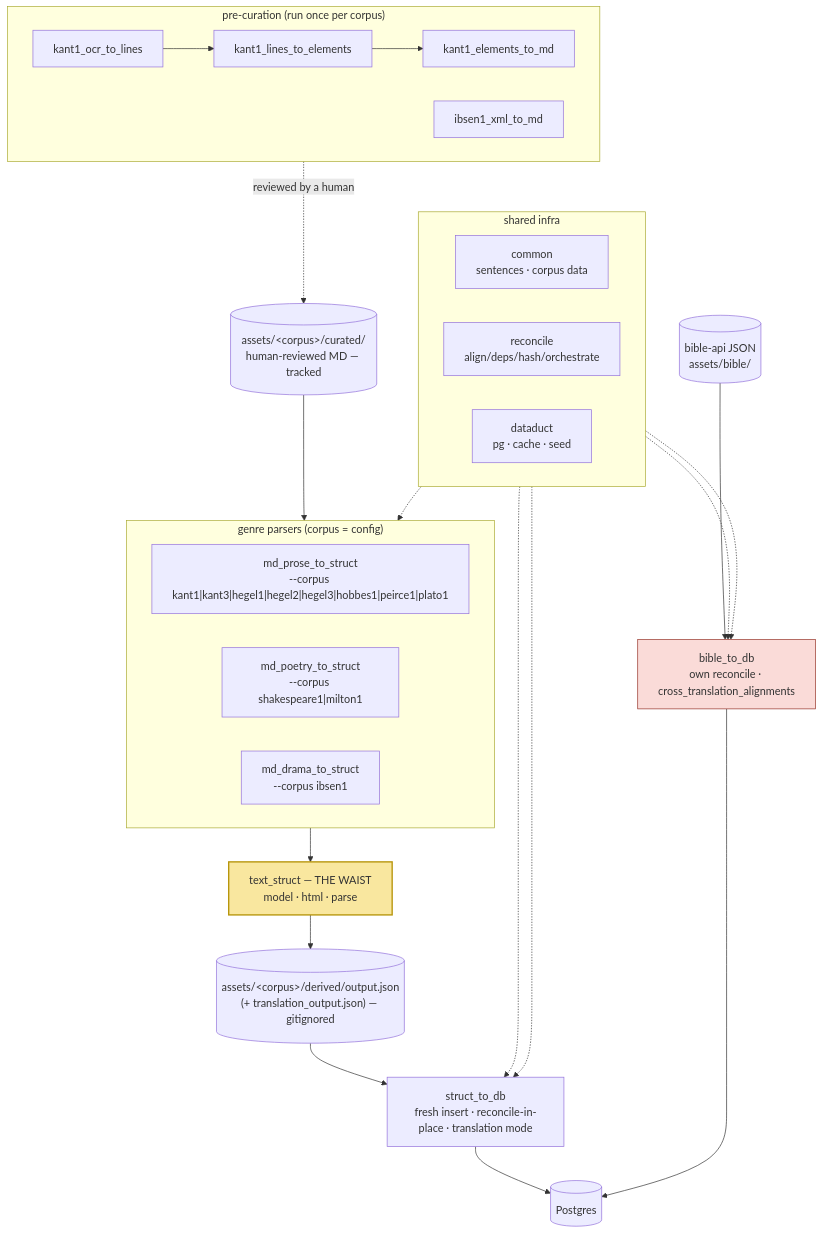
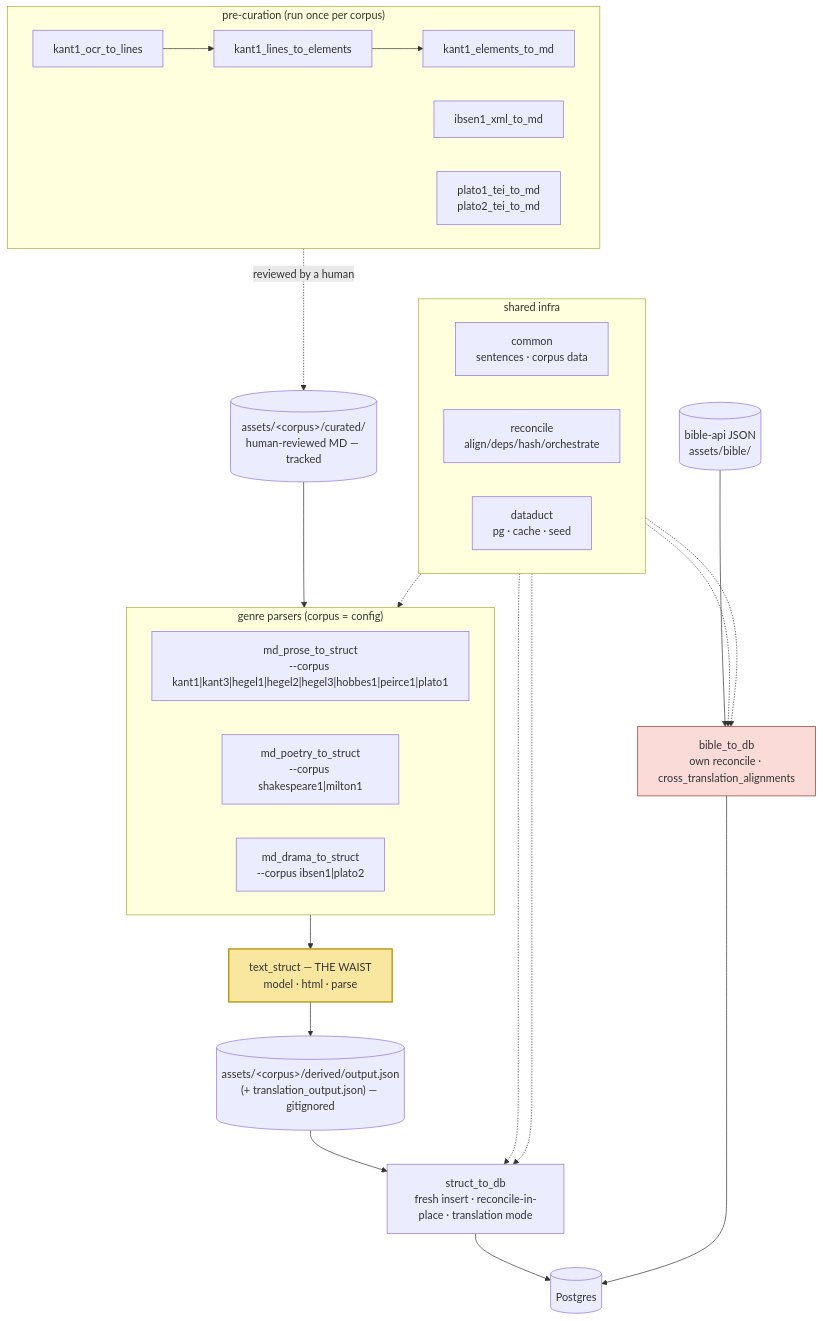
The first of 2 diagrams in docs/architecture/overview.md (scholia-study/scholia), drawn with Mermaid before and after one commit. The commit also changed other lines of this file and 76 other files, not shown here.

````diff
--- a/docs/architecture/overview.md
+++ b/docs/architecture/overview.md
@@ -90,51 +94,52 @@
 ```mermaid
 flowchart TB
     subgraph pre ["pre-curation (run once per corpus)"]
         direction LR
         ocr["kant1_ocr_to_lines"] --> lines["kant1_lines_to_elements"] --> elem["kant1_elements_to_md"]
         tei["ibsen1_xml_to_md"]
+        greek["plato1_tei_to_md<br/>plato2_tei_to_md"]
     end
 
     curated[("assets/&lt;corpus&gt;/curated/<br/>human-reviewed MD — tracked")]
     pre -. "reviewed by a human" .-> curated
 
     subgraph parsers ["genre parsers (corpus = config)"]
         direction LR
         prose["md_prose_to_struct<br/>--corpus kant1|kant3|hegel1|hegel2|hegel3|hobbes1|peirce1|plato1"]
         poetry["md_poetry_to_struct<br/>--corpus shakespeare1|milton1"]
-        drama["md_drama_to_struct<br/>--corpus ibsen1"]
+        drama["md_drama_to_struct<br/>--corpus ibsen1|plato2"]
     end
 
     curated --> parsers
 
     waist["text_struct — THE WAIST<br/>model · html · parse"]
     parsers --> waist
 
     derived[("assets/&lt;corpus&gt;/derived/output.json<br/>(+ translation_output.json) — gitignored")]
     waist --> derived
 
     importer["struct_to_db<br/>fresh insert · reconcile-in-place · translation mode"]
     derived --> importer
 
     pg[(Postgres)]
     importer --> pg
 
     bibleapi[("bible-api JSON<br/>assets/bible/")] --> bible["bible_to_db<br/>own reconcile · cross_translation_alignments"]
     bible --> pg
 
     subgraph infra ["shared infra"]
         direction LR
         common["common<br/>sentences · corpus data"]
         reconcile["reconcile<br/>align/deps/hash/orchestrate"]
         dataduct["dataduct<br/>pg · cache · seed"]
     end
 
     common -.-> parsers
     reconcile -.-> importer
     reconcile -.-> bible
     dataduct -.-> importer
     dataduct -.-> bible
 
     style waist fill:#f9e79f,stroke:#b7950b,stroke-width:2px
     style bible fill:#fadbd8,stroke:#943126
 ```
````
